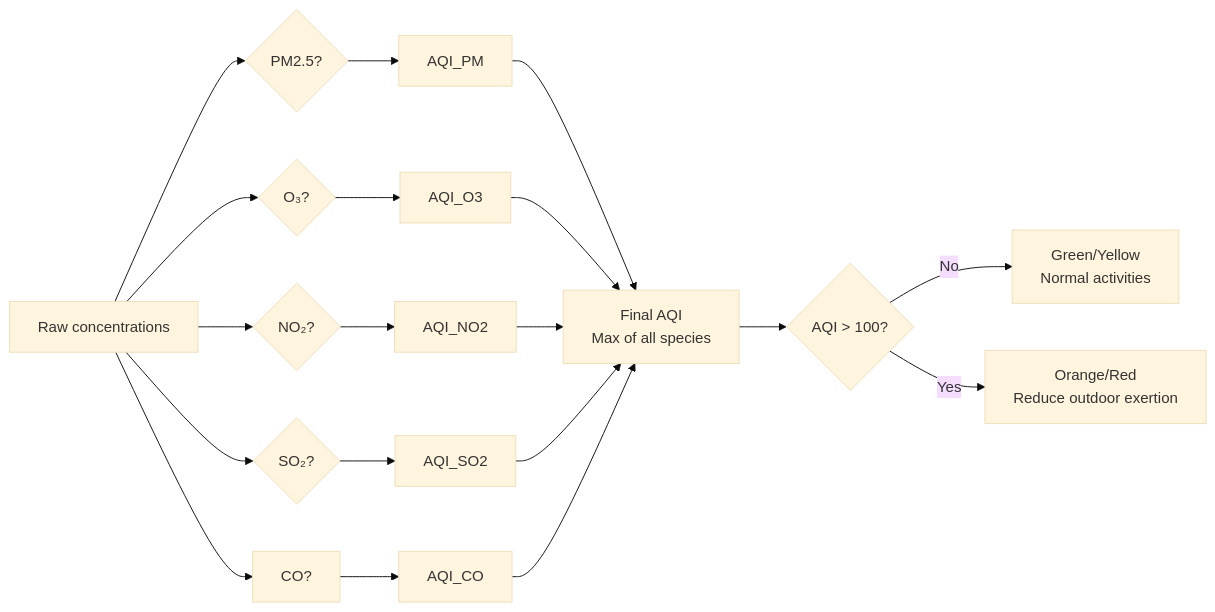
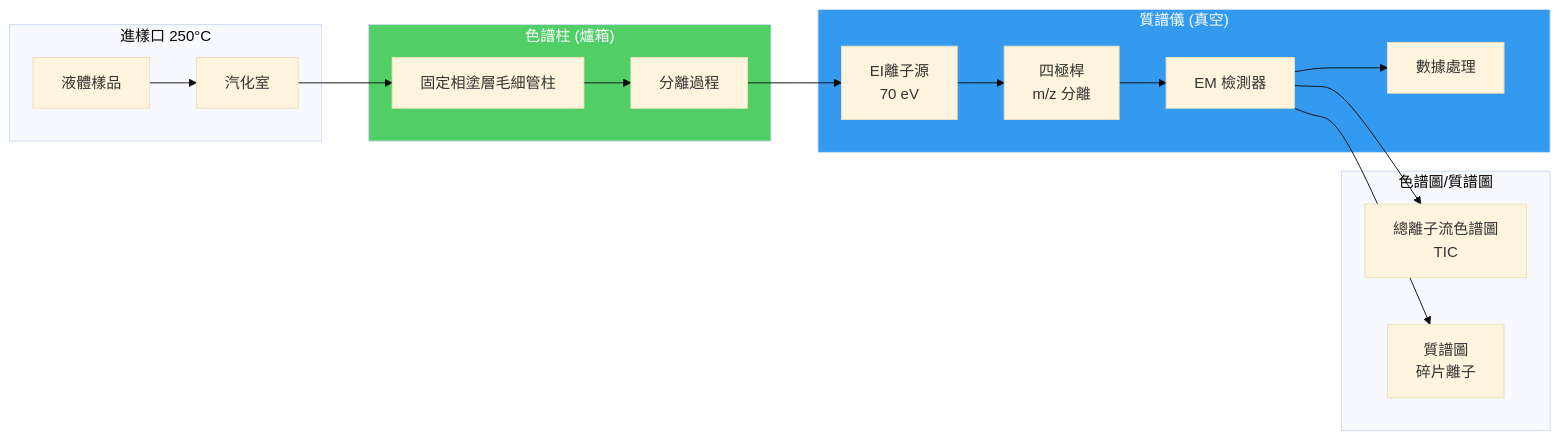
The third of 5 diagrams in MIT_CEE_Core/Track_1_Environment/Fluids_Transport_Engineering/03_1.107_Water_Air_Quality_Lab.md (yip-lgtm/civil-bootcamp), drawn with Mermaid (base theme) before and after one commit. The commit also changed other lines of this file and 8 other files, not shown here.

````diff
--- a/MIT_CEE_Core/Track_1_Environment/Fluids_Transport_Engineering/03_1.107_Water_Air_Quality_Lab.md
+++ b/MIT_CEE_Core/Track_1_Environment/Fluids_Transport_Engineering/03_1.107_Water_Air_Quality_Lab.md
@@ -269,21 +705,32 @@
 ```mermaid
 flowchart LR
-    A[Raw concentrations] --> B{PM2.5?}
-    A --> C{O₃?}
-    A --> D{NO₂?}
-    A --> E{SO₂?}
-    A --> F[CO?]
-    B --> B1[AQI_PM]
-    C --> C1[AQI_O3]
-    D --> D1[AQI_NO2]
-    E --> E1[AQI_SO2]
-    F --> F1[AQI_CO]
-    B1 --> G[Final AQI<br/>Max of all species]
-    C1 --> G
-    D1 --> G
-    E1 --> G
-    F1 --> G
-    G --> H{AQI > 100?}
-    H -->|No| I[Green/Yellow<br/>Normal activities]
-    H -->|Yes| J[Orange/Red<br/>Reduce outdoor exertion]
+    subgraph Injection["進樣口 250°C"]
+        A[液體樣品]
+        B[汽化室]
+        A --> B
+    end
+    
+    subgraph Column["色譜柱 (爐箱)"]
+        C[固定相塗層毛細管柱]
+        D[分離過程]
+        B --> C --> D
+    end
+    
+    subgraph MS["質譜儀 (真空)"]
+        E[EI離子源<br/>70 eV]
+        F[四極桿<br/>m/z 分離]
+        G[EM 檢測器]
+        H[數據處理]
+        D --> E --> F --> G --> H
+    end
+    
+    subgraph Spectrum["色譜圖/質譜圖"]
+        I[總離子流色譜圖<br/>TIC]
+        J[質譜圖<br/>碎片離子]
+        G --> I
+        G --> J
+    end
+    
+    style MS fill:#339af0,color:#fff
+    style Column fill:#51cf66,color:#fff
 ```
````
